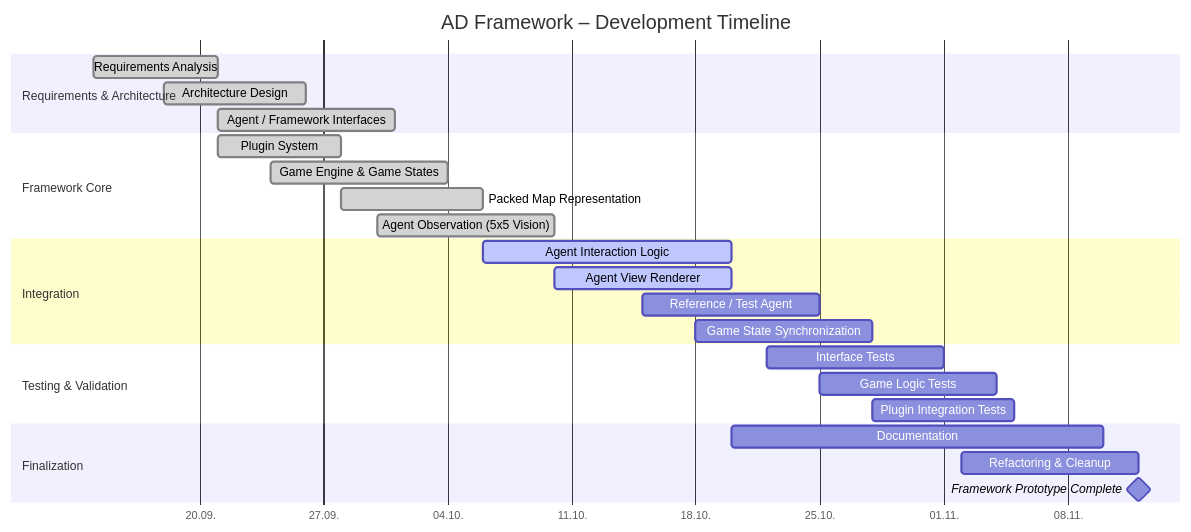
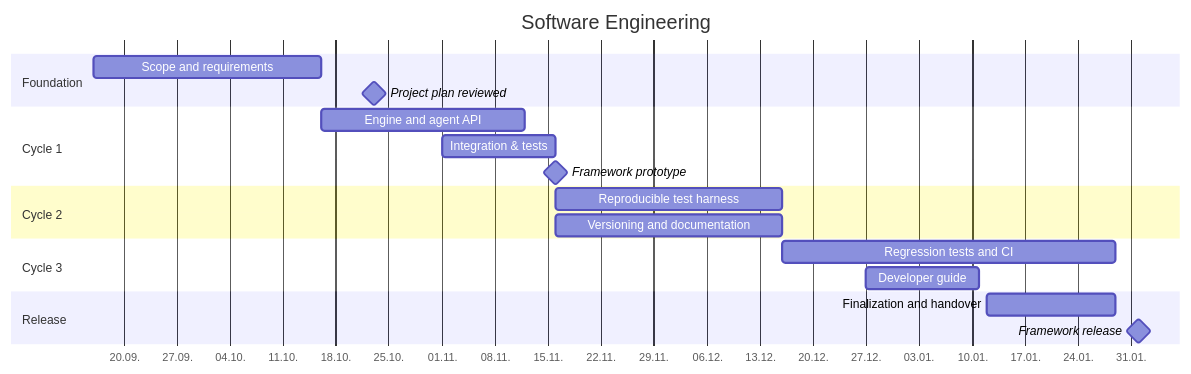
Before and after one commit to kaleo22/AD-Framework: the first of 2 diagrams in README.md, drawn with Mermaid. The commit also changed other lines of this file and 1 other file, not shown here.

````diff
--- a/README.md
+++ b/README.md
@@ -120,33 +203,27 @@
 ```mermaid
 gantt
-    title AD Framework – Development Timeline
-    dateFormat  YYYY-MM-DD
-    axisFormat  %d.%m.
+    title Software Engineering
+    dateFormat YYYY-MM-DD
+    axisFormat %d.%m.
 
-    section Requirements & Architecture
-    Requirements Analysis             :done, req,  2026-09-14, 7d
-    Architecture Design               :done, arch, 2026-09-18, 8d
-    Agent / Framework Interfaces      :done, intf, 2026-09-21, 10d
+    section Foundation
+    Scope and requirements       :se1, 2026-09-16, 2026-10-16
+    Project plan reviewed        :milestone, m1, 2026-10-23, 0d
 
-    section Framework Core
-    Plugin System                     :done, plug, 2026-09-21, 7d
-    Game Engine & Game States         :done, eng,  2026-09-24, 10d
-    Packed Map Representation         :done, map,  2026-09-28, 8d
-    Agent Observation (5x5 Vision)    :done, obs,  2026-09-30, 10d
+    section Cycle 1
+    Engine and agent API         :se2, 2026-10-16, 2026-11-12
+    Integration & tests          :se3, 2026-11-01, 2026-11-16
+    Framework prototype          :milestone, m2, 2026-11-16, 0d
 
-    section Integration
-    Agent Interaction Logic           :active, interact, 2026-10-06, 14d
-    Agent View Renderer               :active, render, 2026-10-10, 10d
-    Reference / Test Agent            :agent, 2026-10-15, 10d
-    Game State Synchronization        :sync,  2026-10-18, 10d
+    section Cycle 2
+    Reproducible test harness    :se4, 2026-11-16, 2026-12-16
+    Versioning and documentation :se5, 2026-11-16, 2026-12-16
 
-    section Testing & Validation
-    Interface Tests                   :tests, 2026-10-22, 10d
-    Game Logic Tests                  :logic, 2026-10-25, 10d
-    Plugin Integration Tests          :ptest, 2026-10-28, 8d
+    section Cycle 3
+    Regression tests and CI      :se6, 2026-12-16, 2027-01-29
+    Developer guide              :se7, 2026-12-27, 2027-01-11
 
-    section Finalization
-    Documentation                     :docs, 2026-10-20, 21d
-    Refactoring & Cleanup             :clean, 2026-11-02, 10d
-    Framework Prototype Complete      :milestone, m1, 2026-11-12, 0d
+    section Release
+    Finalization and handover    :se8, 2027-01-12, 2027-01-29
+    Framework release            :milestone, m4, 2027-02-01, 0d
 ```
````
